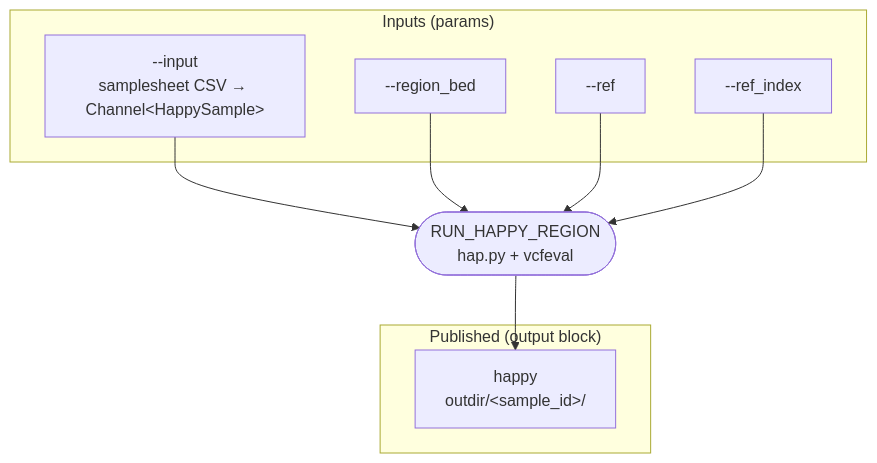
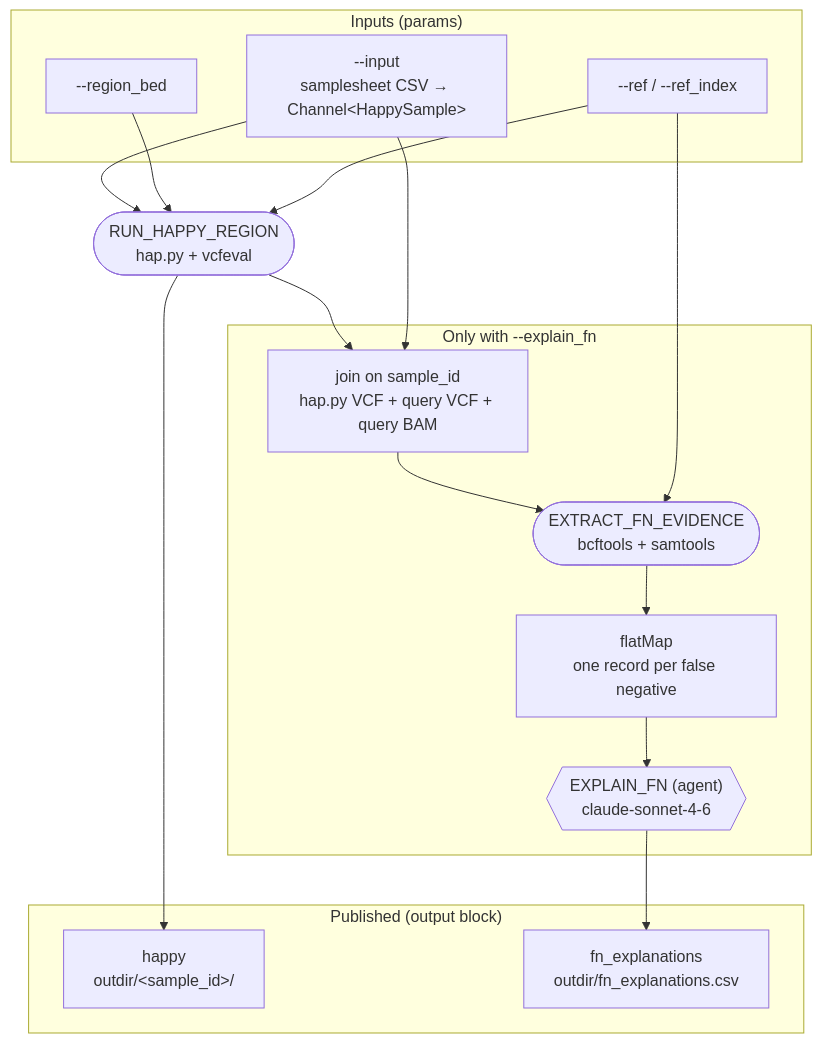
Before and after one commit to indapa/nextflow-run-happy-region: the diagram in docs/dag.mmd, drawn with Mermaid. The commit also changed 5 other files, not shown here.

First line of the commit message:
Add LLM agent integration for explaining false negatives in variant analysis

```diff
--- a/docs/dag.mmd
+++ b/docs/dag.mmd
@@ -1,16 +1,28 @@
 flowchart TB
     subgraph inputs ["Inputs (params)"]
     v0["--input<br/>samplesheet CSV → Channel&lt;HappySample&gt;"]
     v1["--region_bed"]
-    v2["--ref"]
-    v3["--ref_index"]
+    v2["--ref / --ref_index"]
     end
     v4(["RUN_HAPPY_REGION<br/>hap.py + vcfeval"])
+    subgraph explain ["Only with --explain_fn"]
+    v6["join on sample_id<br/>hap.py VCF + query VCF + query BAM"]
+    v7(["EXTRACT_FN_EVIDENCE<br/>bcftools + samtools"])
+    v8["flatMap<br/>one record per false negative"]
+    v9{{"EXPLAIN_FN (agent)<br/>claude-sonnet-4-6"}}
+    end
     subgraph outputs ["Published (output block)"]
     v5["happy<br/>outdir/&lt;sample_id&gt;/"]
+    v10["fn_explanations<br/>outdir/fn_explanations.csv"]
     end
     v0 --> v4
     v1 --> v4
     v2 --> v4
-    v3 --> v4
     v4 --> v5
+    v4 --> v6
+    v0 --> v6
+    v6 --> v7
+    v2 --> v7
+    v7 --> v8
+    v8 --> v9
+    v9 --> v10
```
